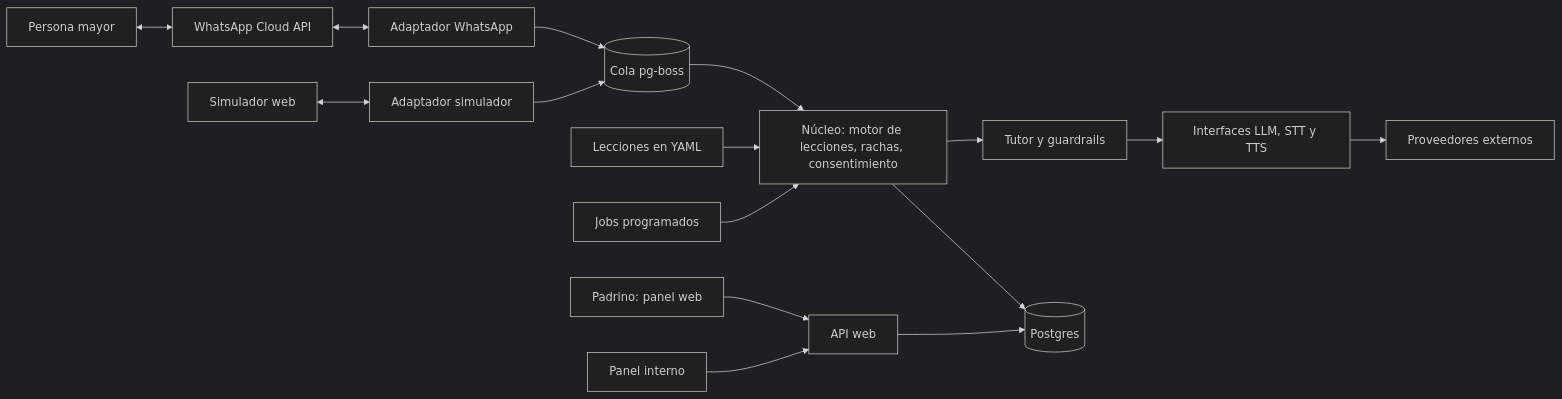
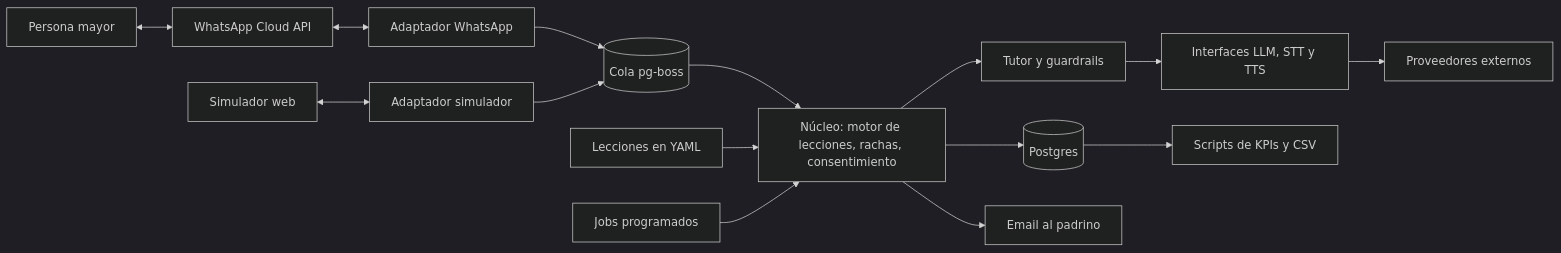
One commit to ramagitto/APP-de-IA-para-Mayores changed the diagram in docs/arquitectura.md. Above: the diagram before and after it, drawn with Mermaid (dark theme). The commit also changed other lines of this file and 69 other files, not shown here.

````diff
--- a/docs/arquitectura.md
+++ b/docs/arquitectura.md
@@ -9,18 +9,17 @@
 ```mermaid
 flowchart LR
   U[Persona mayor] <--> WA[WhatsApp Cloud API]
   WA <--> AW[Adaptador WhatsApp]
   DEV[Simulador web] <--> AS[Adaptador simulador]
   AW --> Q[(Cola pg-boss)]
   AS --> Q
   Q --> CORE[Núcleo: motor de lecciones, rachas, consentimiento]
   CORE --> TUTOR[Tutor y guardrails]
   TUTOR --> AI[Interfaces LLM, STT y TTS]
   AI --> PROV[Proveedores externos]
   CORE --> DB[(Postgres)]
   YAML[Lecciones en YAML] --> CORE
   SCHED[Jobs programados] --> CORE
-  P[Padrino: panel web] --> API[API web]
-  ADM[Panel interno] --> API
-  API --> DB
+  CORE --> MAIL[Email al padrino]
+  DB --> KPI[Scripts de KPIs y CSV]
 ```
````
